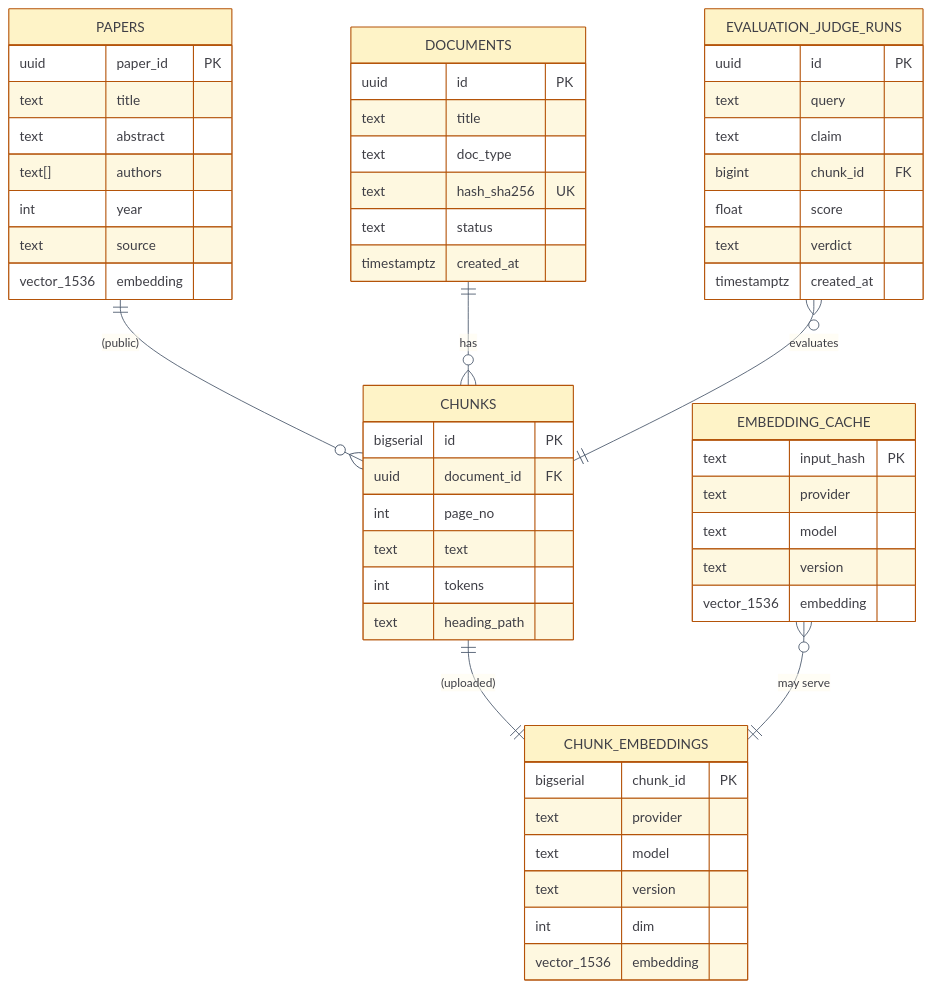
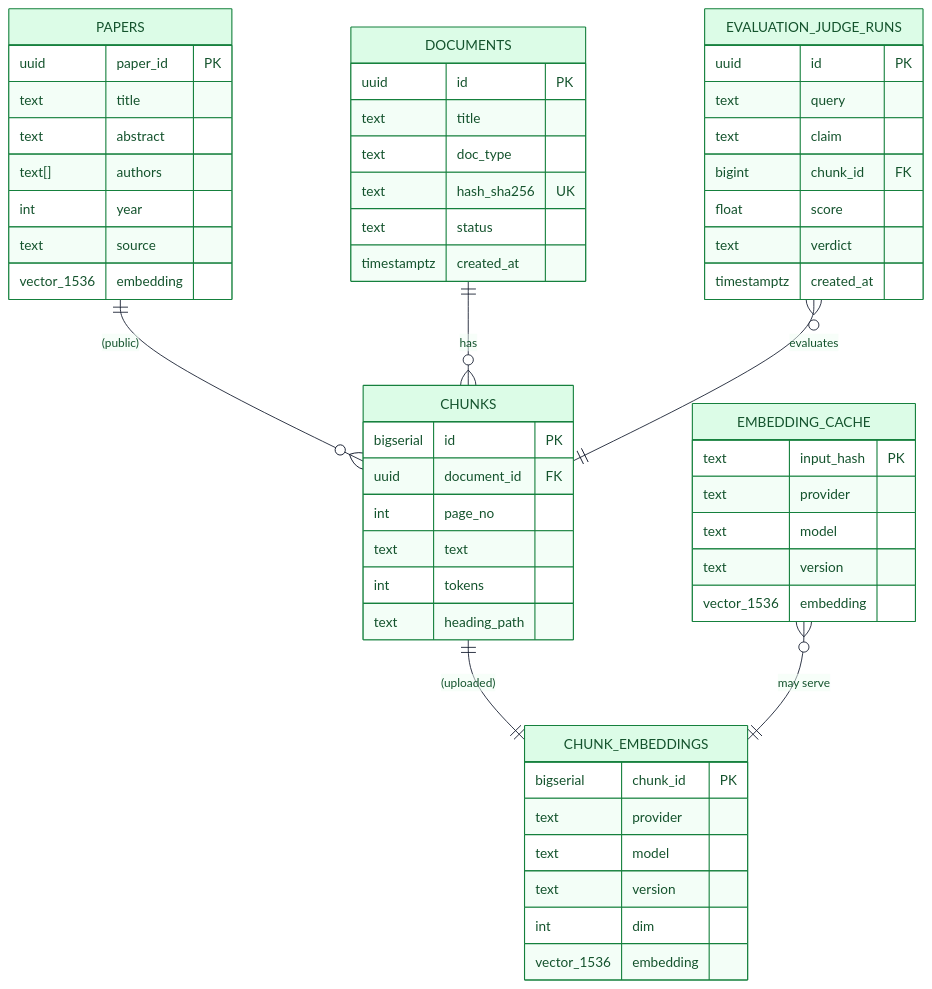
The fourth of 17 diagrams in README.md (sushildalavi/sourcery), drawn with Mermaid before and after one commit. The commit also changed other lines of this file and 18 other files, not shown here.

Commit message:
ship roadmap: prom metrics, sse stream, reranker, multi-tenant, per-tenant cal, helm; recolor er; human-voice readme

````diff
--- a/README.md
+++ b/README.md
@@ -200,75 +185,75 @@
 ```mermaid
 %%{init: {
   "theme": "base",
   "themeVariables": {
-    "primaryColor": "#fef3c7",
-    "primaryBorderColor": "#b45309",
-    "primaryTextColor": "#3f3f46",
-    "lineColor": "#475569",
-    "secondaryColor": "#fde68a",
-    "tertiaryColor": "#fffbeb",
+    "primaryColor": "#dcfce7",
+    "primaryBorderColor": "#15803d",
+    "primaryTextColor": "#14532d",
+    "lineColor": "#0f172a",
+    "secondaryColor": "#bbf7d0",
+    "tertiaryColor": "#f0fdf4",
     "fontFamily": "Inter, ui-sans-serif, system-ui"
   }
 }}%%
 erDiagram
     PAPERS ||--o{ CHUNKS : "(public)"
     DOCUMENTS ||--o{ CHUNKS : has
     CHUNKS ||--|| CHUNK_EMBEDDINGS : "(uploaded)"
     EMBEDDING_CACHE }o--|| CHUNK_EMBEDDINGS : "may serve"
     EVALUATION_JUDGE_RUNS }o--|| CHUNKS : evaluates
 
     PAPERS {
         uuid paper_id PK
         text title
         text abstract
         text[] authors
         int year
         text source
         vector_1536 embedding
     }
 
     DOCUMENTS {
         uuid id PK
         text title
         text doc_type
         text hash_sha256 UK
         text status
         timestamptz created_at
     }
 
     CHUNKS {
         bigserial id PK
         uuid document_id FK
         int page_no
         text text
         int tokens
         text heading_path
     }
 
     CHUNK_EMBEDDINGS {
         bigserial chunk_id PK
         text provider
         text model
         text version
         int dim
         vector_1536 embedding
     }
 
     EMBEDDING_CACHE {
         text input_hash PK
         text provider
         text model
         text version
         vector_1536 embedding
     }
 
     EVALUATION_JUDGE_RUNS {
         uuid id PK
         text query
         text claim
         bigint chunk_id FK
         float score
         text verdict
         timestamptz created_at
     }
 ```
````
